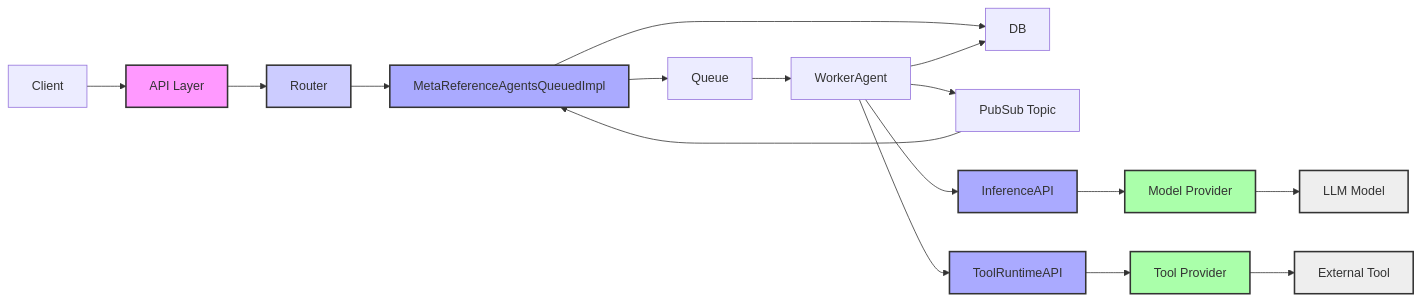
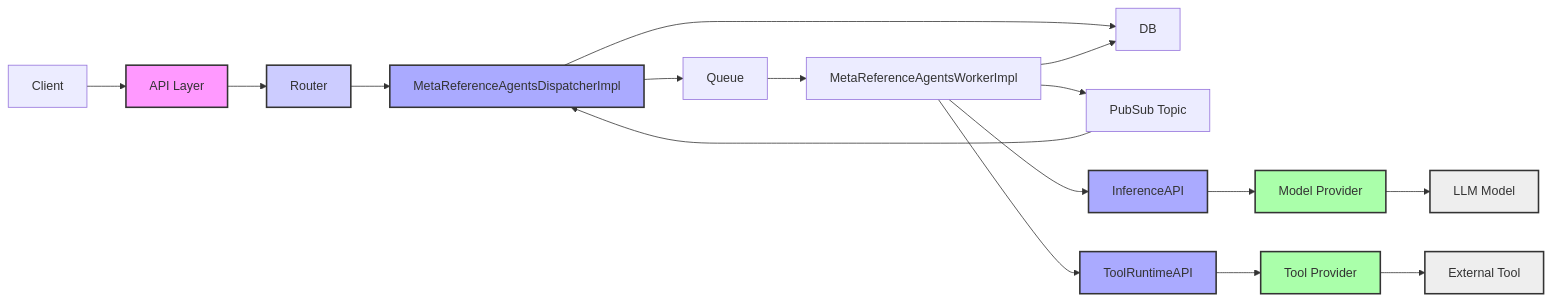
Before and after one commit to pdettori/llama-stack: the second of 2 diagrams in llama_stack/providers/remote/agents/multi-framework/README.md, drawn with Mermaid. The commit also changed other lines of this file and 14 other files, not shown here.

Commit message:
refactor into dispatcher and worker

````diff
--- a/llama_stack/providers/remote/agents/multi-framework/README.md
+++ b/llama_stack/providers/remote/agents/multi-framework/README.md
@@ -39,30 +39,30 @@
 ```mermaid
 graph LR
     Client[Client] --> API[API Layer]
     API --> Router
-    Router --> AgentsAPI[MetaReferenceAgentsQueuedImpl]
+    Router --> AgentsAPI[MetaReferenceAgentsDispatcherImpl]
     AgentsAPI --> DB
     AgentsAPI --> Queue
-    Queue --> WorkerAgent
-    WorkerAgent --> PubSub[PubSub Topic]
+    Queue --> MetaReferenceAgentsWorkerImpl
+    MetaReferenceAgentsWorkerImpl --> PubSub[PubSub Topic]
     PubSub --> AgentsAPI
     
-    WorkerAgent --> InferenceAPI
-    WorkerAgent --> ToolRuntimeAPI
-    WorkerAgent --> DB
+    MetaReferenceAgentsWorkerImpl --> InferenceAPI
+    MetaReferenceAgentsWorkerImpl --> ToolRuntimeAPI
+    MetaReferenceAgentsWorkerImpl --> DB
     InferenceAPI --> ModelProvider[Model Provider]
     ToolRuntimeAPI --> ToolProvider[Tool Provider]
    
     ModelProvider --> Model[LLM Model]
     ToolProvider --> ExternalTool[External Tool]
      
     style API fill:#f9f,stroke:#333,stroke-width:2px
     style Router fill:#ccf,stroke:#333,stroke-width:2px
     style AgentsAPI fill:#aaf,stroke:#333,stroke-width:2px
     style InferenceAPI fill:#aaf,stroke:#333,stroke-width:2px
     style ToolRuntimeAPI fill:#aaf,stroke:#333,stroke-width:2px
     style ModelProvider fill:#afa,stroke:#333,stroke-width:2px
     style ToolProvider fill:#afa,stroke:#333,stroke-width:2px
     style Model fill:#eee,stroke:#333,stroke-width:2px
     style ExternalTool fill:#eee,stroke:#333,stroke-width:2px
 ```
````
